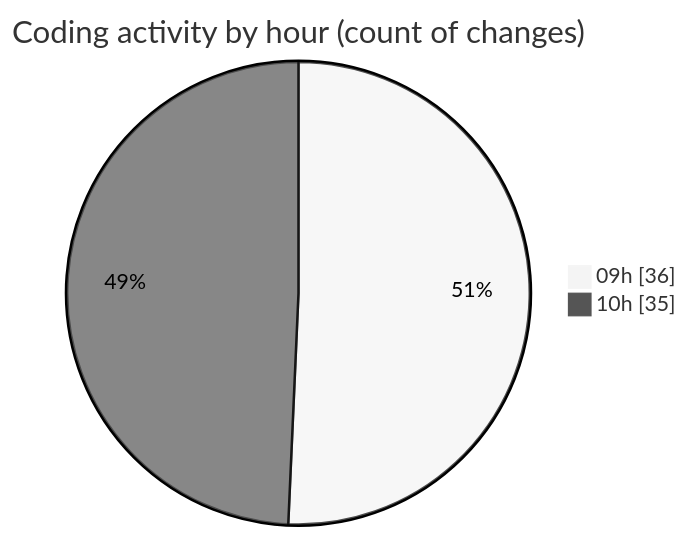
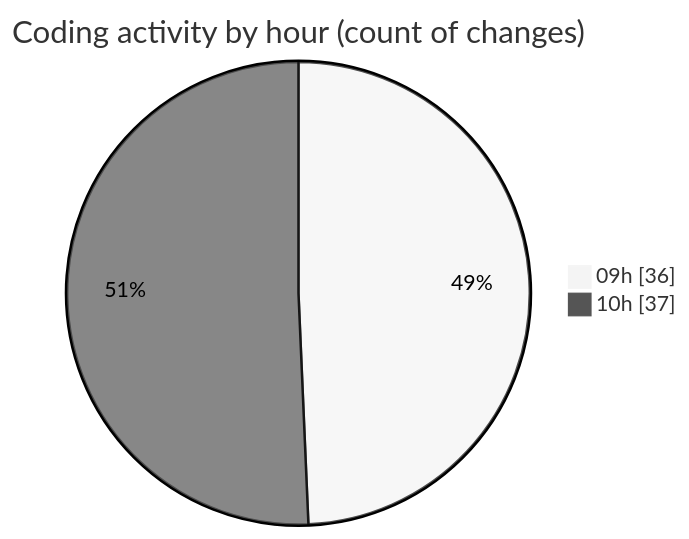
Before and after one commit to momahboobian/code-tracking: the second of 2 diagrams in 2026-04-16/cda/README.md, drawn with Mermaid (neutral theme). The commit also changed other lines of this file and 1 other file, not shown here.

````diff
--- a/2026-04-16/cda/README.md
+++ b/2026-04-16/cda/README.md
@@ -31,6 +31,6 @@
 ```mermaid
 pie showData
 title Coding activity by hour (count of changes)
 "09h" : 36
-"10h" : 35
+"10h" : 37
 ```
````
